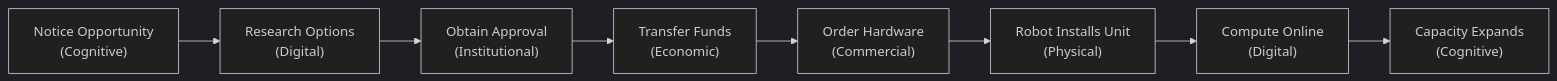
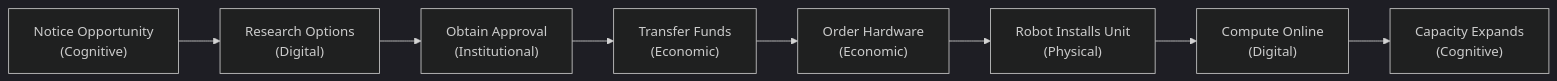
One commit to zz-plant/ambit changed the first of 2 diagrams in docs/affordance-frontier.md. Above: the diagram before and after it, drawn with Mermaid (dark theme). The commit also changed other lines of this file and 22 other files, not shown here.

````diff
--- a/docs/affordance-frontier.md
+++ b/docs/affordance-frontier.md
@@ -29,10 +17,10 @@
 ```mermaid
 flowchart LR
     A["Notice Opportunity\n(Cognitive)"] --> B["Research Options\n(Digital)"]
     B --> C["Obtain Approval\n(Institutional)"]
     C --> D["Transfer Funds\n(Economic)"]
-    D --> E["Order Hardware\n(Commercial)"]
+    D --> E["Order Hardware\n(Economic)"]
     E --> F["Robot Installs Unit\n(Physical)"]
     F --> G["Compute Online\n(Digital)"]
     G --> H["Capacity Expands\n(Cognitive)"]
 ```
````
